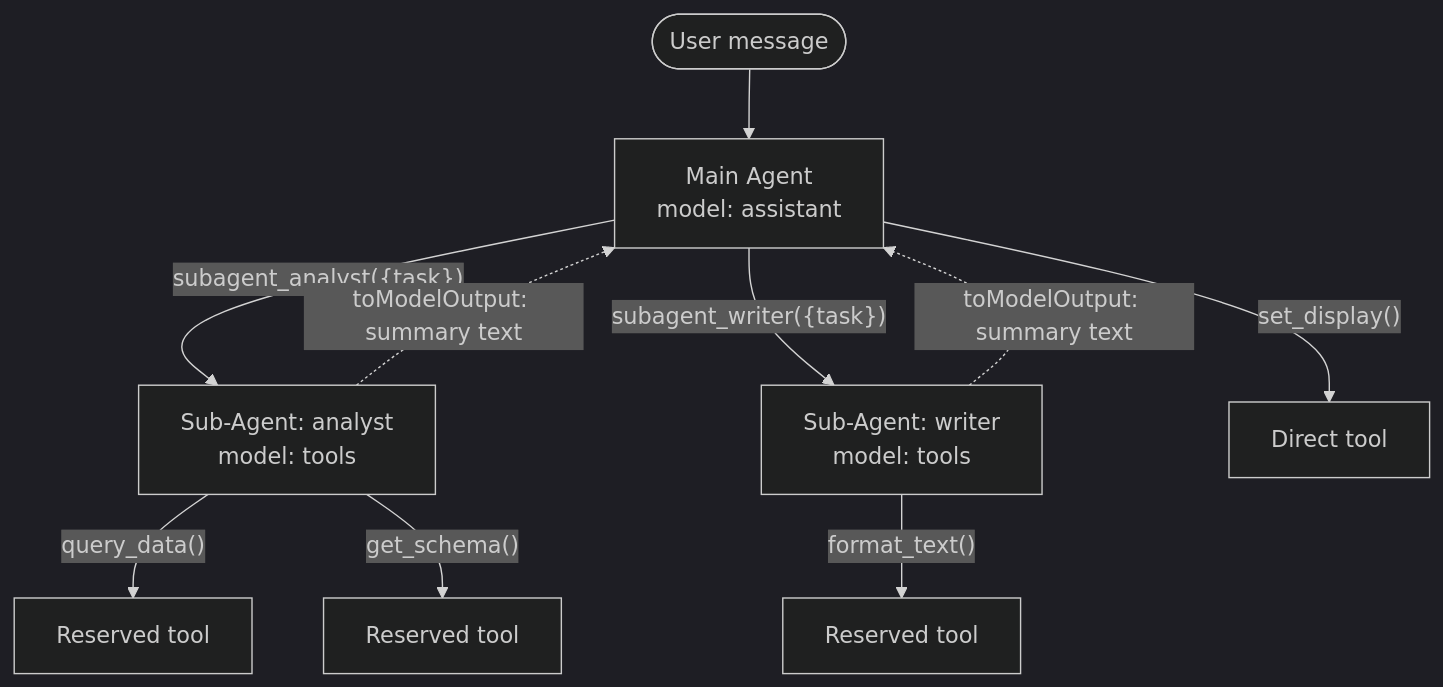
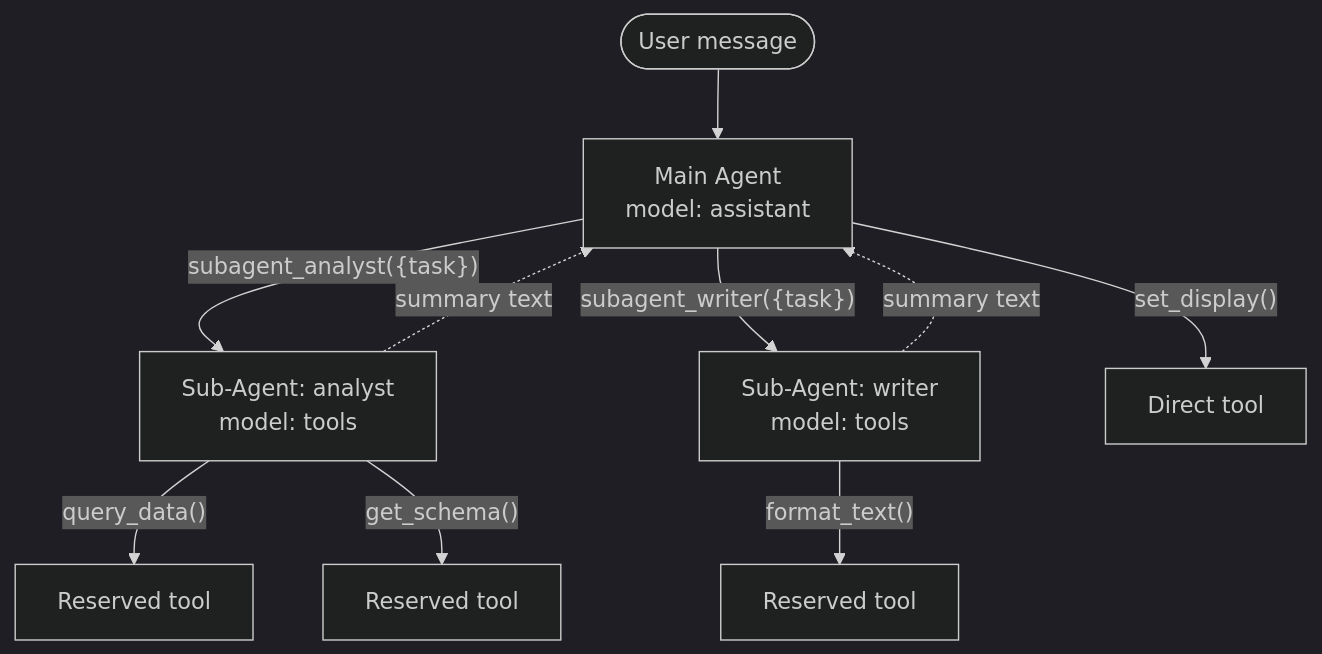
Before and after one commit to data-fair/agents: the first of 4 diagrams in docs/architecture/sub-agents.md, drawn with Mermaid (dark theme). The commit also changed other lines of this file and 14 other files, not shown here.

First line of the commit message:
docs(architecture): the docs describe the server-held loop

````diff
--- a/docs/architecture/sub-agents.md
+++ b/docs/architecture/sub-agents.md
@@ -7,16 +7,16 @@
 ```mermaid
 flowchart TB
   User([User message])
   User --> Main[Main Agent<br/>model: assistant]
 
   Main -->|"subagent_analyst({task})"| SA1[Sub-Agent: analyst<br/>model: tools]
   Main -->|"subagent_writer({task})"| SA2[Sub-Agent: writer<br/>model: tools]
   Main -->|"set_display()"| Tool1[Direct tool]
 
   SA1 -->|"query_data()"| T1[Reserved tool]
   SA1 -->|"get_schema()"| T2[Reserved tool]
   SA2 -->|"format_text()"| T3[Reserved tool]
 
-  SA1 -.->|toModelOutput: summary text| Main
-  SA2 -.->|toModelOutput: summary text| Main
+  SA1 -.->|summary text| Main
+  SA2 -.->|summary text| Main
 ```
````
